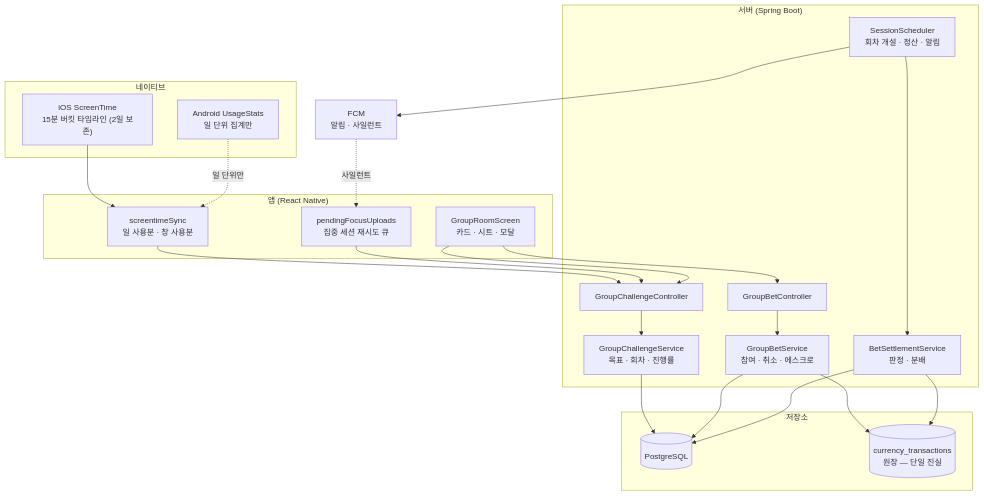
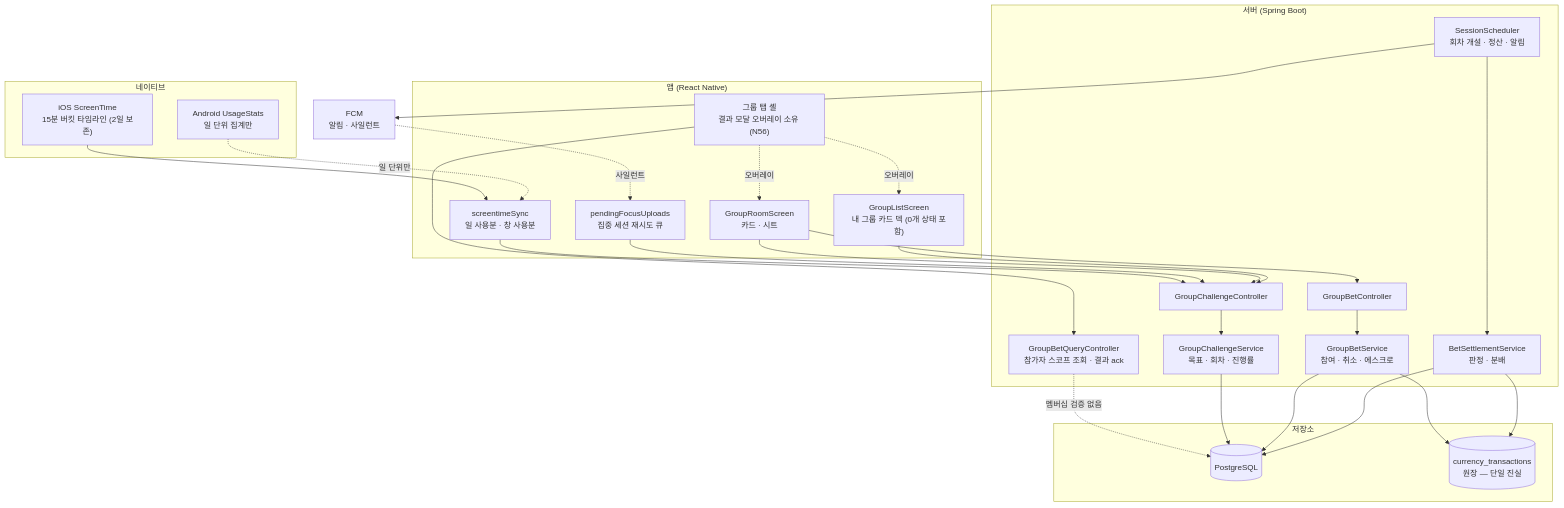
Before and after one commit to OneOrThree/phone: the first of 13 diagrams in docs/prd/challenge/high-level-design.md, drawn with Mermaid. The commit also changed other lines of this file and 4 other files, not shown here.

````diff
--- a/docs/prd/challenge/high-level-design.md
+++ b/docs/prd/challenge/high-level-design.md
@@ -14,38 +14,45 @@
 ```mermaid
 flowchart TB
     subgraph app["앱 (React Native)"]
-        A1["GroupRoomScreen<br/>카드 · 시트 · 모달"]
+        A1["GroupRoomScreen<br/>카드 · 시트"]
+        A4["GroupListScreen<br/>내 그룹 카드 덱 (0개 상태 포함)"]
+        A0["그룹 탭 셸<br/>결과 모달 오버레이 소유 (N56)"]
         A2["screentimeSync<br/>일 사용분 · 창 사용분"]
         A3["pendingFocusUploads<br/>집중 세션 재시도 큐"]
     end
     subgraph native["네이티브"]
         N1["iOS ScreenTime<br/>15분 버킷 타임라인 (2일 보존)"]
         N2["Android UsageStats<br/>일 단위 집계만"]
     end
     subgraph server["서버 (Spring Boot)"]
         S1["GroupChallengeController"]
         S2["GroupBetController"]
+        S7["GroupBetQueryController<br/>참가자 스코프 조회 · 결과 ack"]
         S3["GroupChallengeService<br/>목표 · 회차 · 진행률"]
         S4["GroupBetService<br/>참여 · 취소 · 에스크로"]
         S5["BetSettlementService<br/>판정 · 분배"]
         S6["SessionScheduler<br/>회차 개설 · 정산 · 알림"]
     end
     subgraph store["저장소"]
         DB[("PostgreSQL")]
         LEDGER[("currency_transactions<br/>원장 — 단일 진실")]
     end
     FCM["FCM<br/>알림 · 사일런트"]
 
     N1 --> A2
     N2 -.일 단위만.-> A2
     A2 --> S1
     A3 --> S1
     A1 --> S1 & S2
+    A4 --> S1
+    A0 --> S7
+    A0 -.오버레이.-> A1 & A4
     S1 --> S3
     S2 --> S4
+    S7 -.멤버십 검증 없음.-> DB
     S3 & S4 & S5 --> DB
     S4 & S5 --> LEDGER
     S6 --> S5
     S6 --> FCM
     FCM -.사일런트.-> A3
 ```
````
